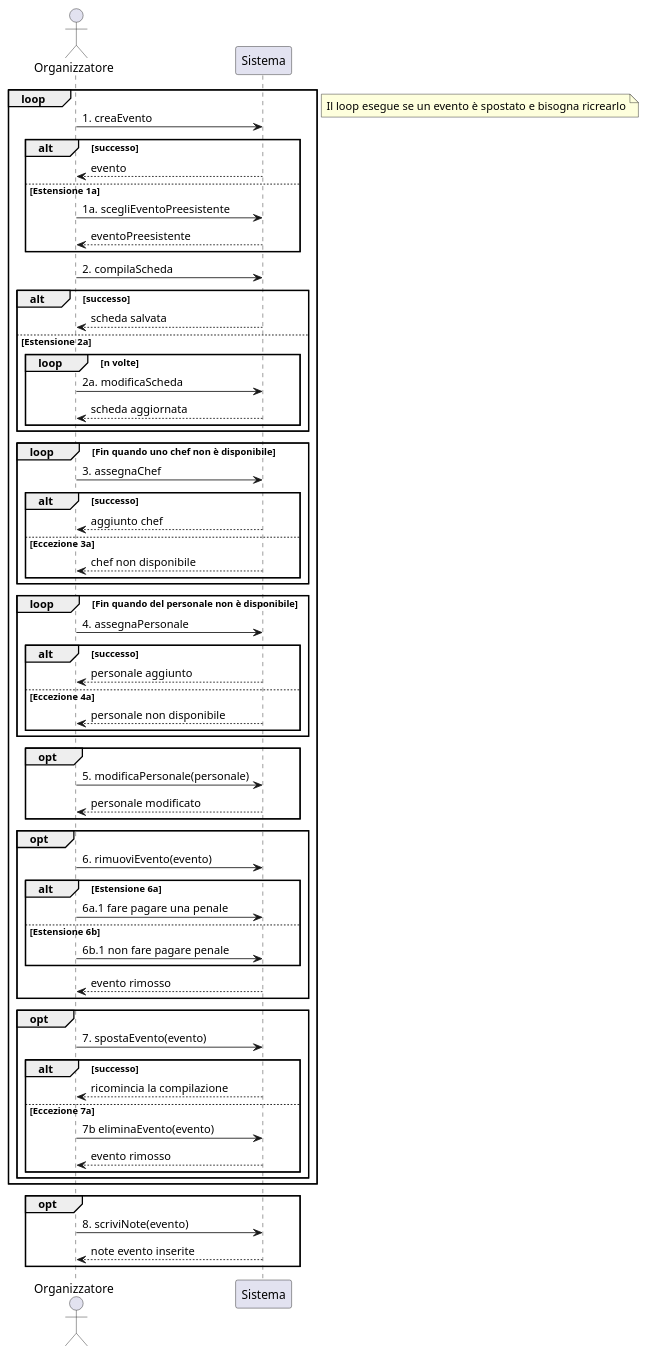
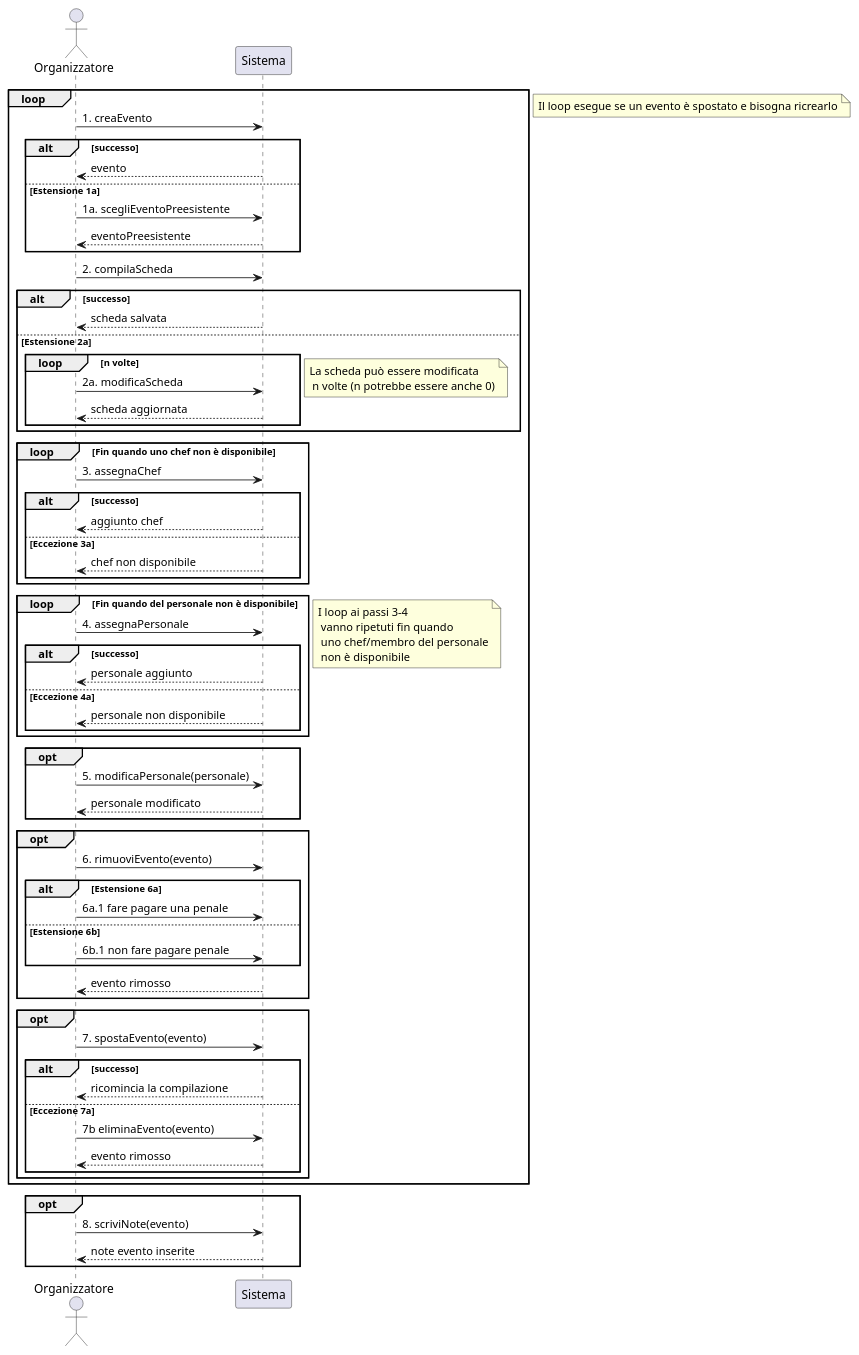
One commit to m0canu1/sas changed the diagram in ssd/ssd_gestire_eventi.md. Above: the diagram before and after it, drawn with PlantUML.

Commit message:
Tutti i loop annotati.

````diff
--- a/ssd/ssd_gestire_eventi.md
+++ b/ssd/ssd_gestire_eventi.md
@@ -1,76 +1,78 @@
 ```plantuml
 actor Organizzatore
 participant Sistema
 
 loop
 
 	Organizzatore -> Sistema : 1. creaEvento 
     alt successo
 		Sistema --> Organizzatore : evento 
 	else Estensione 1a
 		Organizzatore -> Sistema : 1a. scegliEventoPreesistente
 		Sistema --> Organizzatore : eventoPreesistente
 	end
 	
 	Organizzatore -> Sistema : 2. compilaScheda
 	alt successo
 		Sistema --> Organizzatore : scheda salvata
 	else Estensione 2a
 		loop n volte
 			Organizzatore -> Sistema : 2a. modificaScheda
 			Sistema --> Organizzatore : scheda aggiornata
 		end
+        note right: La scheda può essere modificata\n n volte (n potrebbe essere anche 0)
 	end
 	
 	loop Fin quando uno chef non è disponibile
 		Organizzatore -> Sistema : 3. assegnaChef
 		alt successo
 			Sistema --> Organizzatore : aggiunto chef	
 		else Eccezione 3a 
 			Sistema --> Organizzatore : chef non disponibile
 		end
 	end
 	
 	loop Fin quando del personale non è disponibile
 		Organizzatore -> Sistema : 4. assegnaPersonale
 		alt successo
 			Sistema --> Organizzatore : personale aggiunto
 		else Eccezione 4a
 			Sistema --> Organizzatore : personale non disponibile
 		end
 	end
+    note right: I loop ai passi 3-4\n vanno ripetuti fin quando\n uno chef/membro del personale\n non è disponibile
 	
 	opt
 		Organizzatore -> Sistema : 5. modificaPersonale(personale)
 		Sistema --> Organizzatore : personale modificato
 	end
 	
 	opt
 		Organizzatore -> Sistema : 6. rimuoviEvento(evento)
 		alt Estensione 6a
 			Organizzatore -> Sistema : 6a.1 fare pagare una penale
 		else Estensione 6b
 			Organizzatore -> Sistema : 6b.1 non fare pagare penale
 		end
 		Sistema --> Organizzatore : evento rimosso
 	end
 	
 	opt
 		Organizzatore -> Sistema : 7. spostaEvento(evento)
 		alt successo
 			Sistema --> Organizzatore : ricomincia la compilazione
         else Eccezione 7a
 			Organizzatore -> Sistema : 7b eliminaEvento(evento)
 			Sistema --> Organizzatore : evento rimosso
 		end
 	end
 end
 note right: Il loop esegue se un evento è spostato e bisogna ricrearlo
 
 opt
 	Organizzatore -> Sistema : 8. scriviNote(evento)
 	Sistema --> Organizzatore : note evento inserite
 end
 
 
 ```
````
